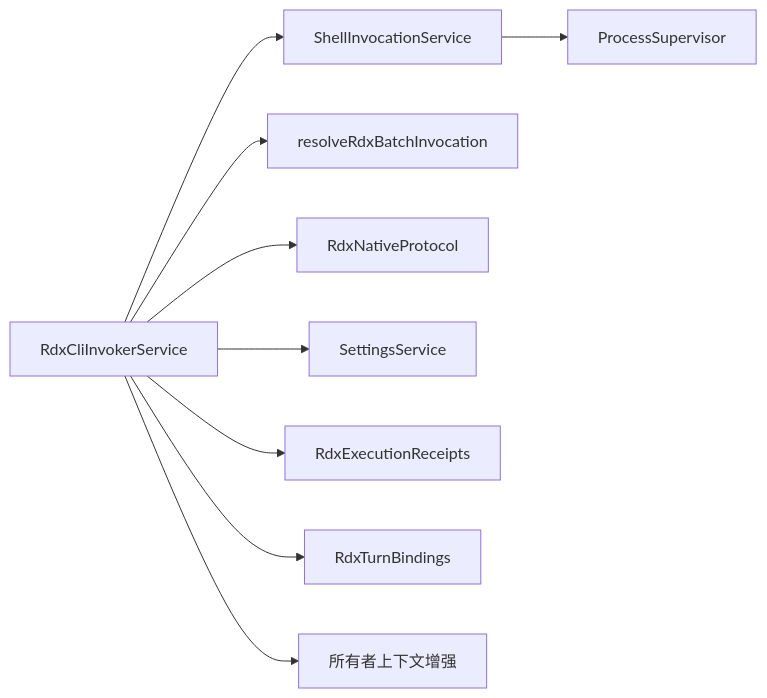
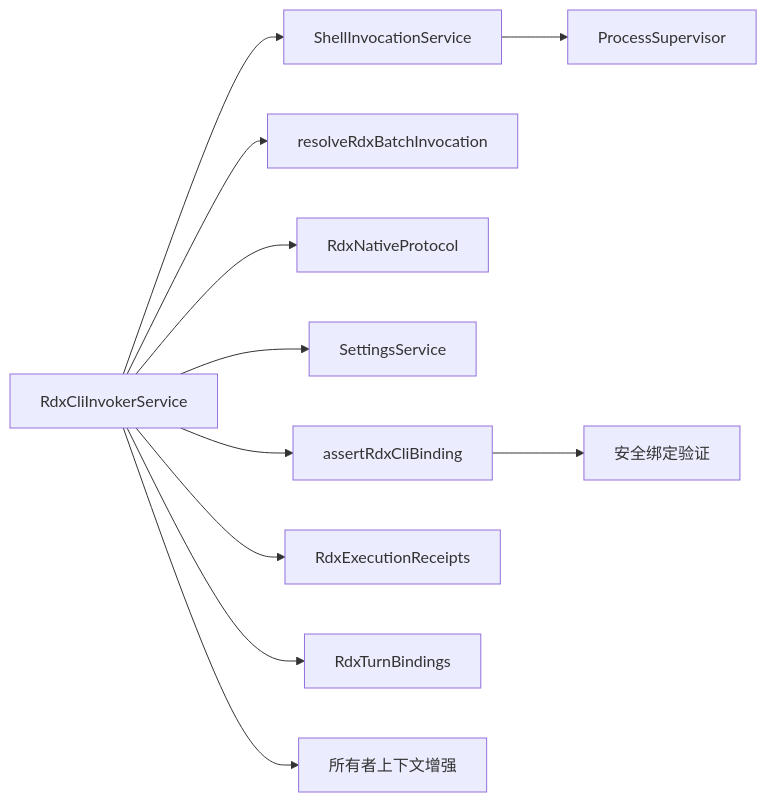
One commit to haolange/RDC-Agent changed the seventh of 7 diagrams in .qoder/repowiki/zh/content/核心模块/工具系统/RDX CLI 调用器.md. Above: the diagram before and after it, drawn with Mermaid. The commit also changed other lines of this file and 85 other files, not shown here.

````diff
--- a/.qoder/repowiki/zh/content/核心模块/工具系统/RDX CLI 调用器.md
+++ b/.qoder/repowiki/zh/content/核心模块/工具系统/RDX CLI 调用器.md
@@ -273,11 +322,13 @@
 ```mermaid
 graph LR
 Svc["RdxCliInvokerService"] --> Shl["ShellInvocationService"]
 Svc --> Res["resolveRdxBatchInvocation"]
 Svc --> Pro["RdxNativeProtocol"]
 Svc --> Set["SettingsService"]
+Svc --> Val["assertRdxCliBinding"]
 Shl --> PS["ProcessSupervisor"]
 Svc --> Rec["RdxExecutionReceipts"]
 Svc --> Bind["RdxTurnBindings"]
 Svc --> Owner["所有者上下文增强"]
+Val --> Security["安全绑定验证"]
 ```
````
